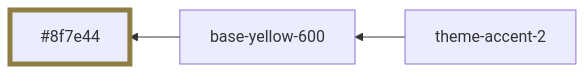
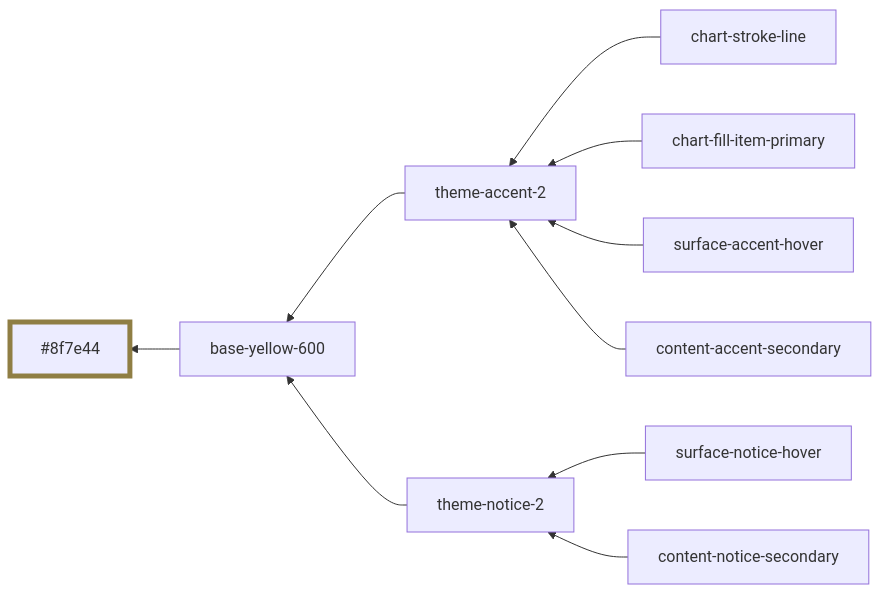
The seventh of 29 diagrams in libs/ui/styles/themes/operator-mode.md (oxidecomputer/console), drawn with Mermaid before and after one commit. The commit also changed other lines of this file and 4 other files, not shown here.

````diff
--- a/libs/ui/styles/themes/operator-mode.md
+++ b/libs/ui/styles/themes/operator-mode.md
@@ -63,7 +82,14 @@
 ```mermaid
 graph RL
   base-yellow-600 --> #8f7e44:::base-yellow-600
   theme-accent-2 --> base-yellow-600
+  theme-notice-2 --> base-yellow-600
+  chart-stroke-line --> theme-accent-2
+  chart-fill-item-primary --> theme-accent-2
+  surface-accent-hover --> theme-accent-2
+  surface-notice-hover --> theme-notice-2
+  content-accent-secondary --> theme-accent-2
+  content-notice-secondary --> theme-notice-2
 
   classDef base-yellow-600 stroke-width:5,stroke:#8f7e44
 ```
````
